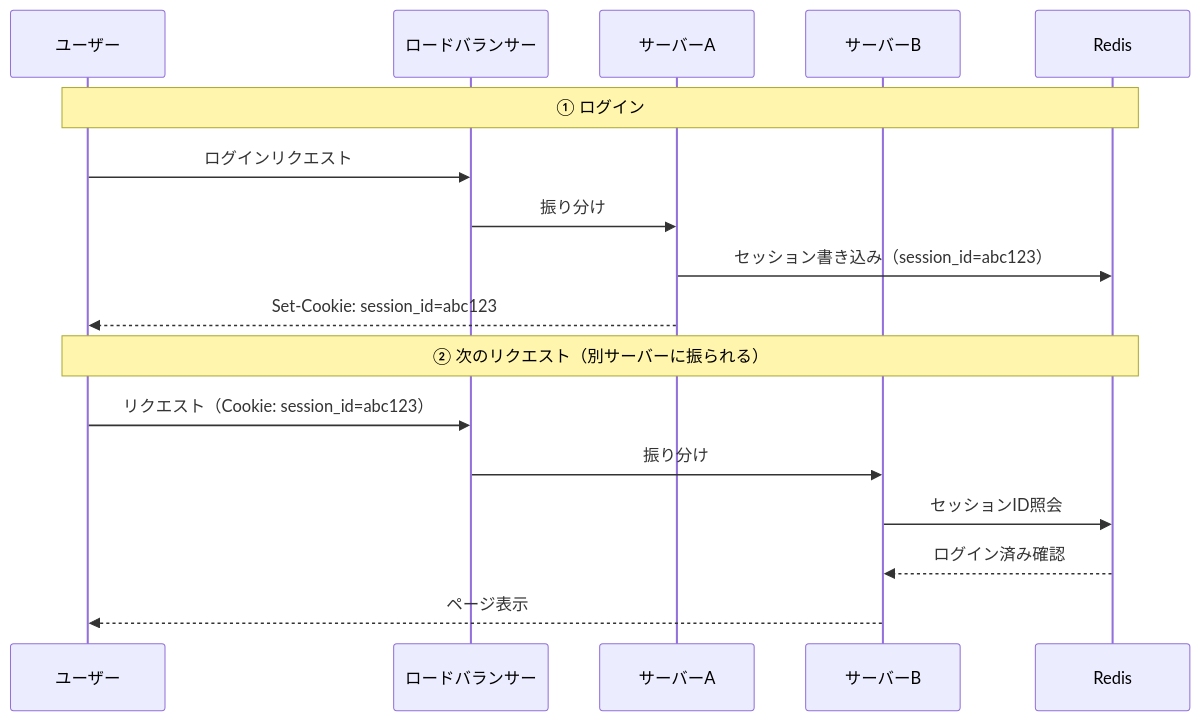
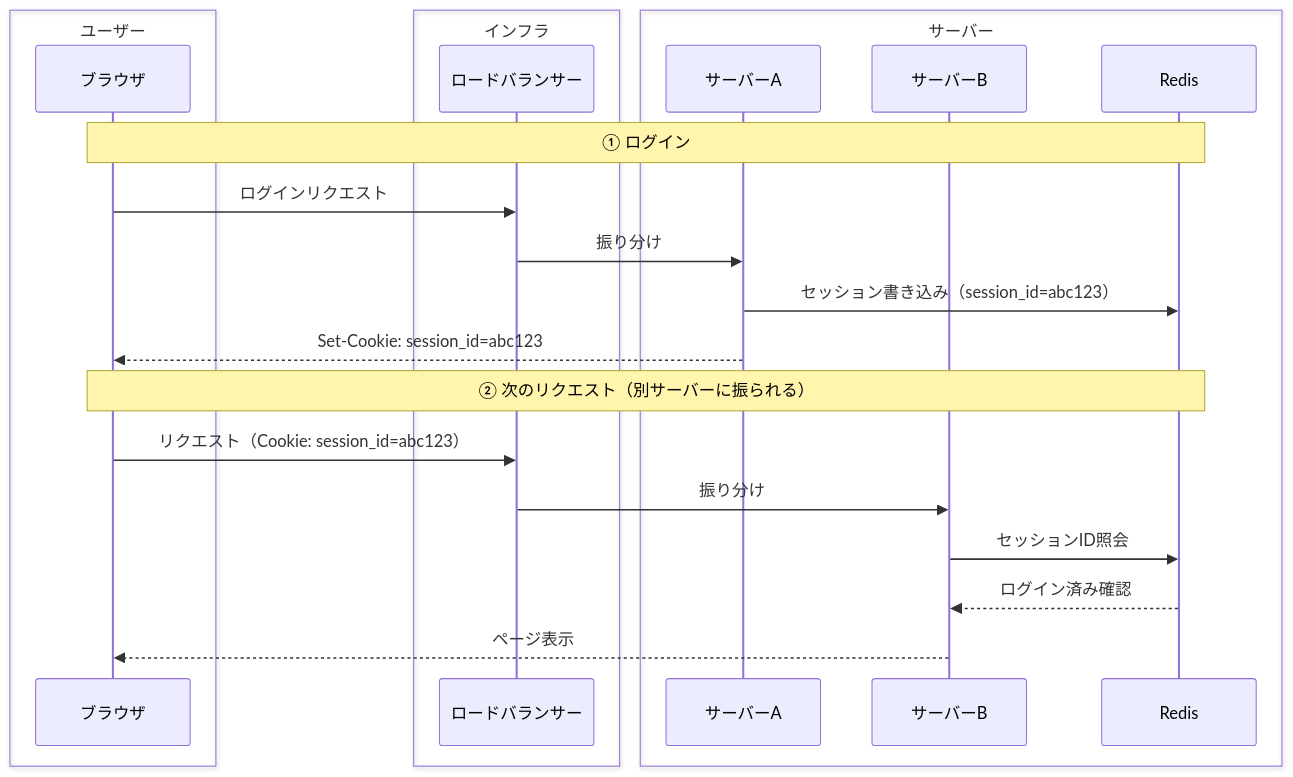
Before and after one commit to Bassiy/share_knowledge: the second of 2 diagrams in concepts/session_management.md, drawn with Mermaid. The commit also changed other lines of this file, not shown here.

````diff
--- a/concepts/session_management.md
+++ b/concepts/session_management.md
@@ -18,21 +122,27 @@
 ```mermaid
 sequenceDiagram
-    participant U as ユーザー
-    participant LB as ロードバランサー
-    participant A as サーバーA
-    participant B as サーバーB
-    participant R as Redis
+    box ユーザー
+        participant U as ブラウザ
+    end
+    box インフラ
+        participant LB as ロードバランサー
+    end
+    box サーバー
+        participant A as サーバーA
+        participant B as サーバーB
+        participant R as Redis
+    end
 
     Note over U,R: ① ログイン
     U->>LB: ログインリクエスト
     LB->>A: 振り分け
     A->>R: セッション書き込み（session_id=abc123）
     A-->>U: Set-Cookie: session_id=abc123
 
     Note over U,R: ② 次のリクエスト（別サーバーに振られる）
     U->>LB: リクエスト（Cookie: session_id=abc123）
     LB->>B: 振り分け
     B->>R: セッションID照会
     R-->>B: ログイン済み確認
     B-->>U: ページ表示
 ```
````
